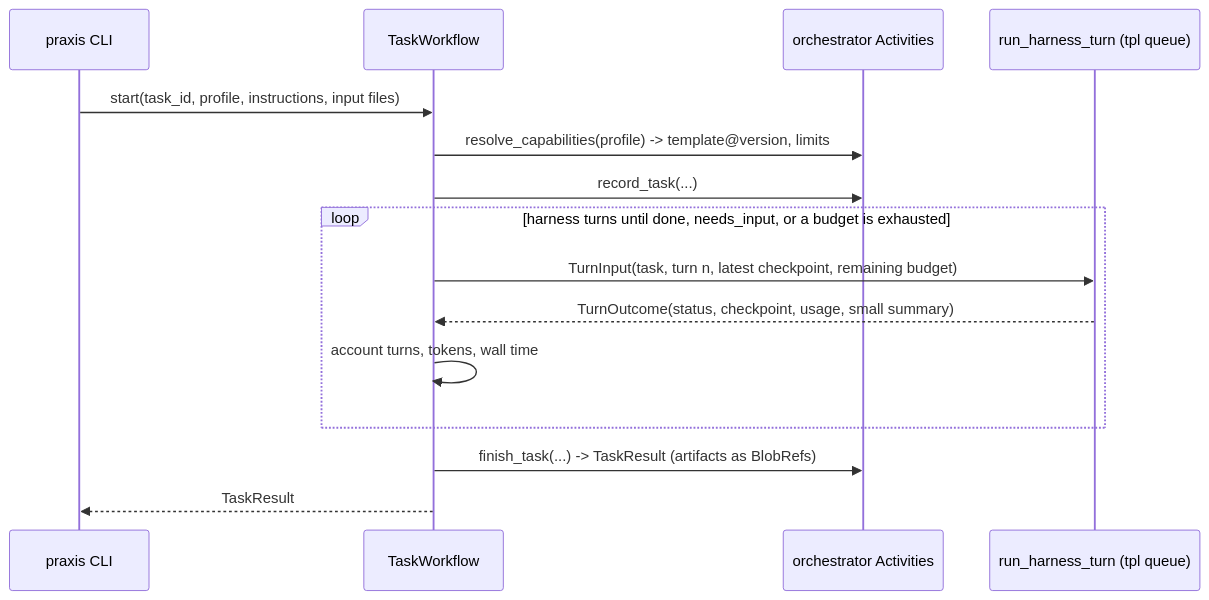
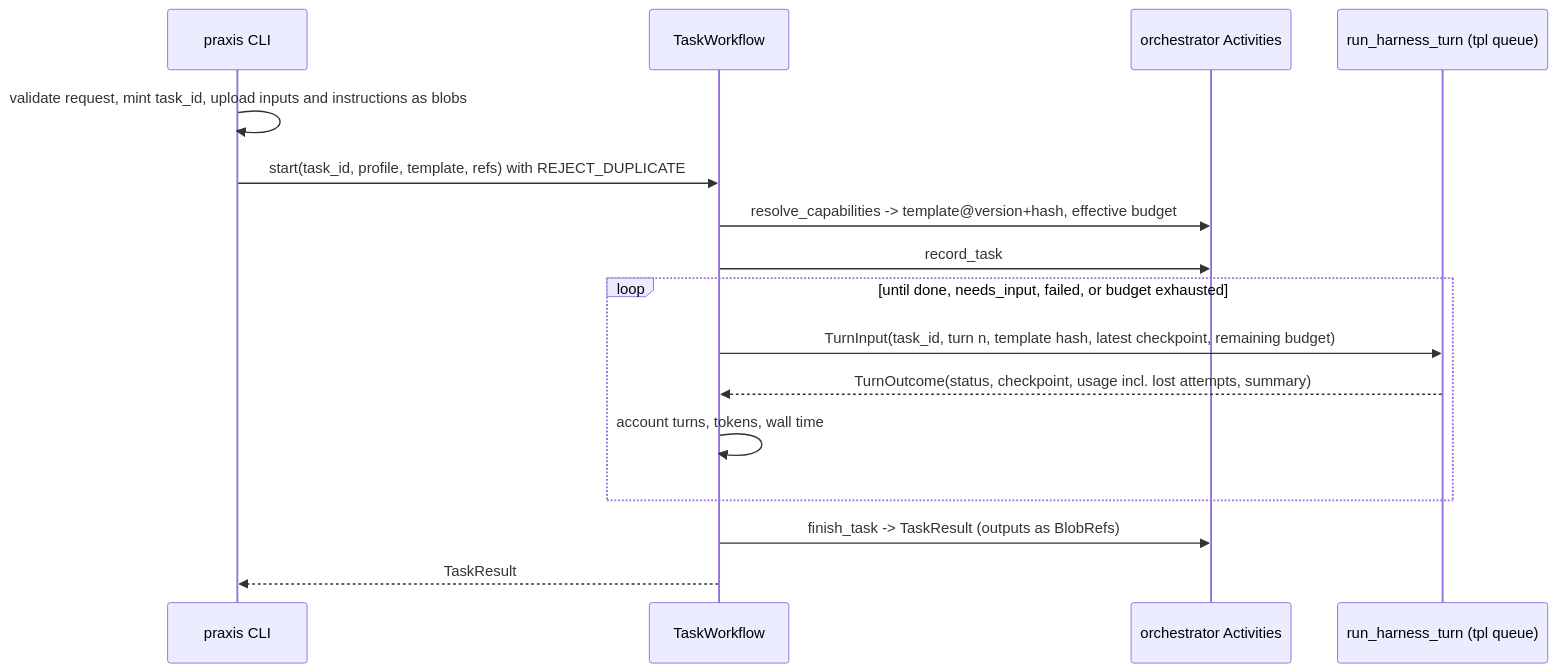
One commit to geosp/praxismesh changed the second of 2 diagrams in docs/rfcs/phase-1-single-agent.md. Above: the diagram before and after it, drawn with Mermaid. The commit also changed other lines of this file and 10 other files, not shown here.

````diff
--- a/docs/rfcs/phase-1-single-agent.md
+++ b/docs/rfcs/phase-1-single-agent.md
@@ -125,17 +167,18 @@
 ```mermaid
 sequenceDiagram
   participant C as praxis CLI
   participant W as TaskWorkflow
   participant A as orchestrator Activities
   participant H as run_harness_turn (tpl queue)
-  C->>W: start(task_id, profile, instructions, input files)
-  W->>A: resolve_capabilities(profile) -> template@version, limits
-  W->>A: record_task(...)
-  loop harness turns until done, needs_input, or a budget is exhausted
-    W->>H: TurnInput(task, turn n, latest checkpoint, remaining budget)
-    H-->>W: TurnOutcome(status, checkpoint, usage, small summary)
+  C->>C: validate request, mint task_id, upload inputs and instructions as blobs
+  C->>W: start(task_id, profile, template, refs) with REJECT_DUPLICATE
+  W->>A: resolve_capabilities -> template@version+hash, effective budget
+  W->>A: record_task
+  loop until done, needs_input, failed, or budget exhausted
+    W->>H: TurnInput(task_id, turn n, template hash, latest checkpoint, remaining budget)
+    H-->>W: TurnOutcome(status, checkpoint, usage incl. lost attempts, summary)
     W->>W: account turns, tokens, wall time
   end
-  W->>A: finish_task(...) -> TaskResult (artifacts as BlobRefs)
+  W->>A: finish_task -> TaskResult (outputs as BlobRefs)
   W-->>C: TaskResult
 ```
````
